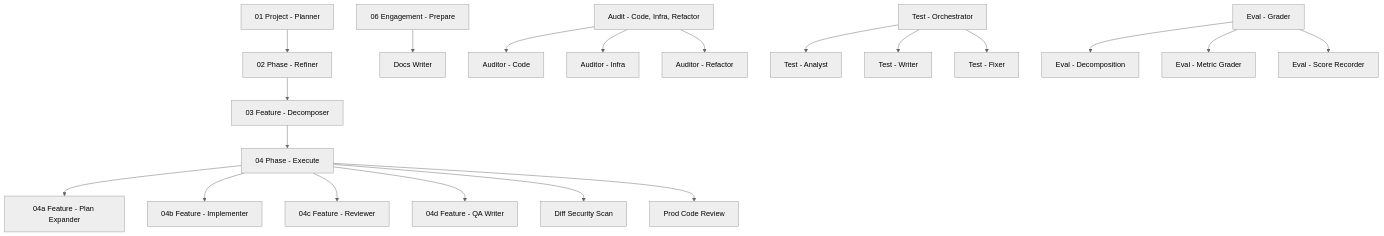
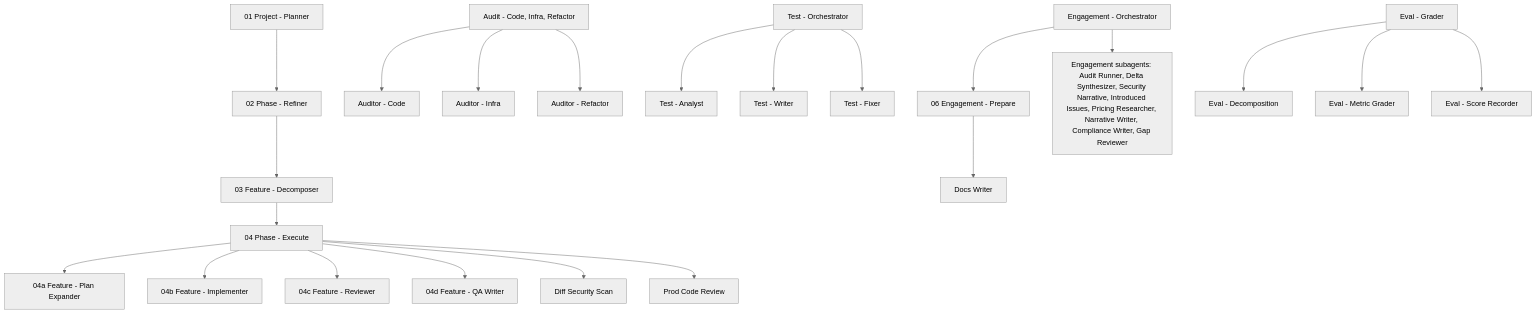
The fourth of 4 diagrams in docs/ARCHITECTURE.md (threnjen/thren-agentic-workflows), drawn with Mermaid (neutral theme) before and after one commit. The commit also changed other lines of this file and 116 other files, not shown here.

First line of the commit message:
Phase/02 engagement orchestrator (#31)

````diff
--- a/docs/ARCHITECTURE.md
+++ b/docs/ARCHITECTURE.md
@@ -184,44 +184,47 @@
 ```mermaid
 flowchart TD
     Planner[01 Project - Planner]
     Refiner[02 Phase - Refiner]
     Decomposer[03 Feature - Decomposer]
     PhaseExecute[04 Phase - Execute]
     Audit[Audit - Code, Infra, Refactor]
     Test[Test - Orchestrator]
     ProdReview[Prod Code Review]
     EvalGrader[Eval - Grader]
+    EngagementOrchestrator[Engagement - Orchestrator]
     EngagementPrepare[06 Engagement - Prepare]
     DocsWriter[Docs Writer]
 
     PlanExpander[04a Feature - Plan Expander]
     Implementer[04b Feature - Implementer]
     Reviewer[04c Feature - Reviewer]
     QA[04d Feature - QA Writer]
     Security[Diff Security Scan]
 
     Planner --> Refiner
     Refiner --> Decomposer
     Decomposer --> PhaseExecute
 
     PhaseExecute --> PlanExpander
     PhaseExecute --> Implementer
     PhaseExecute --> Reviewer
     PhaseExecute --> QA
     PhaseExecute --> Security
     PhaseExecute --> ProdReview
 
     Audit --> AuditorCode[Auditor - Code]
     Audit --> AuditorInfra[Auditor - Infra]
     Audit --> AuditorRefactor[Auditor - Refactor]
 
     Test --> TestAnalyst[Test - Analyst]
     Test --> TestWriter[Test - Writer]
     Test --> TestFixer[Test - Fixer]
 
     EvalGrader --> EvalDecomp[Eval - Decomposition]
     EvalGrader --> EvalMetric[Eval - Metric Grader]
     EvalGrader --> EvalScore[Eval - Score Recorder]
 
+    EngagementOrchestrator --> EngagementPrepare
+    EngagementOrchestrator --> EngagementSubs[Engagement subagents: Audit Runner, Delta Synthesizer, Security Narrative, Introduced Issues, Pricing Researcher, Narrative Writer, Compliance Writer, Gap Reviewer]
     EngagementPrepare --> DocsWriter
 ```
````
